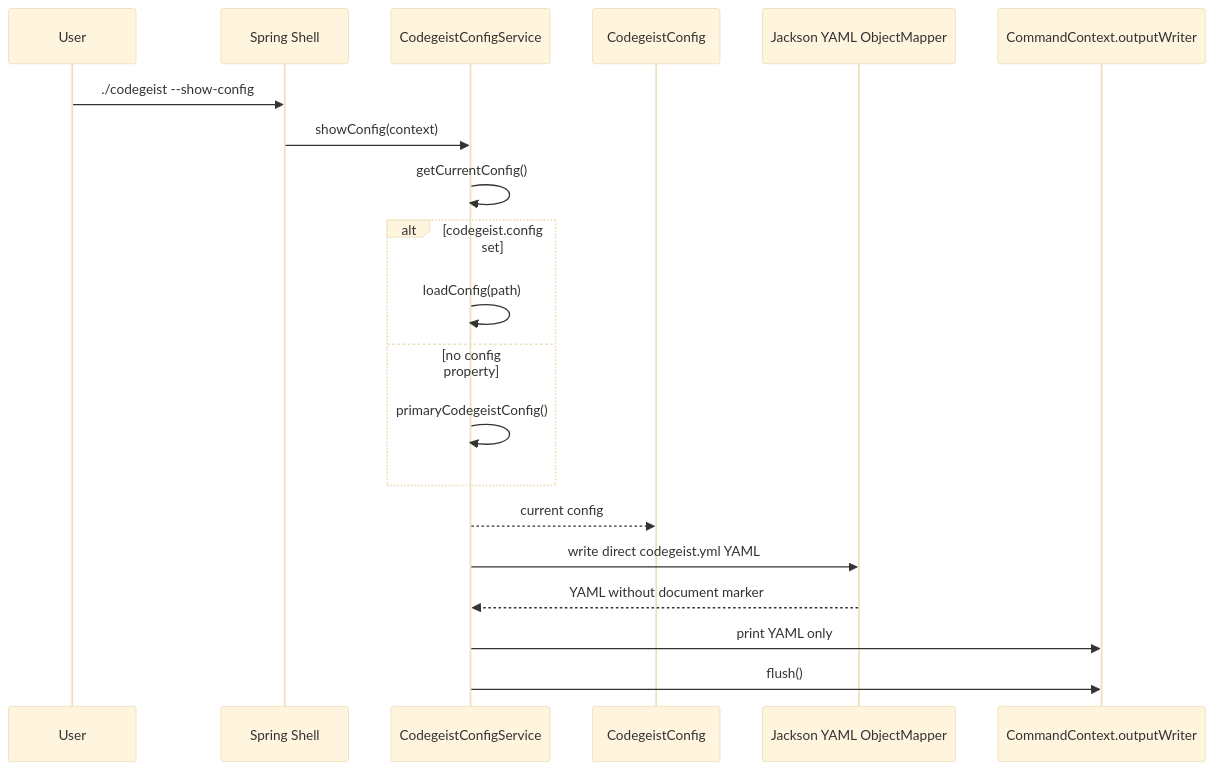
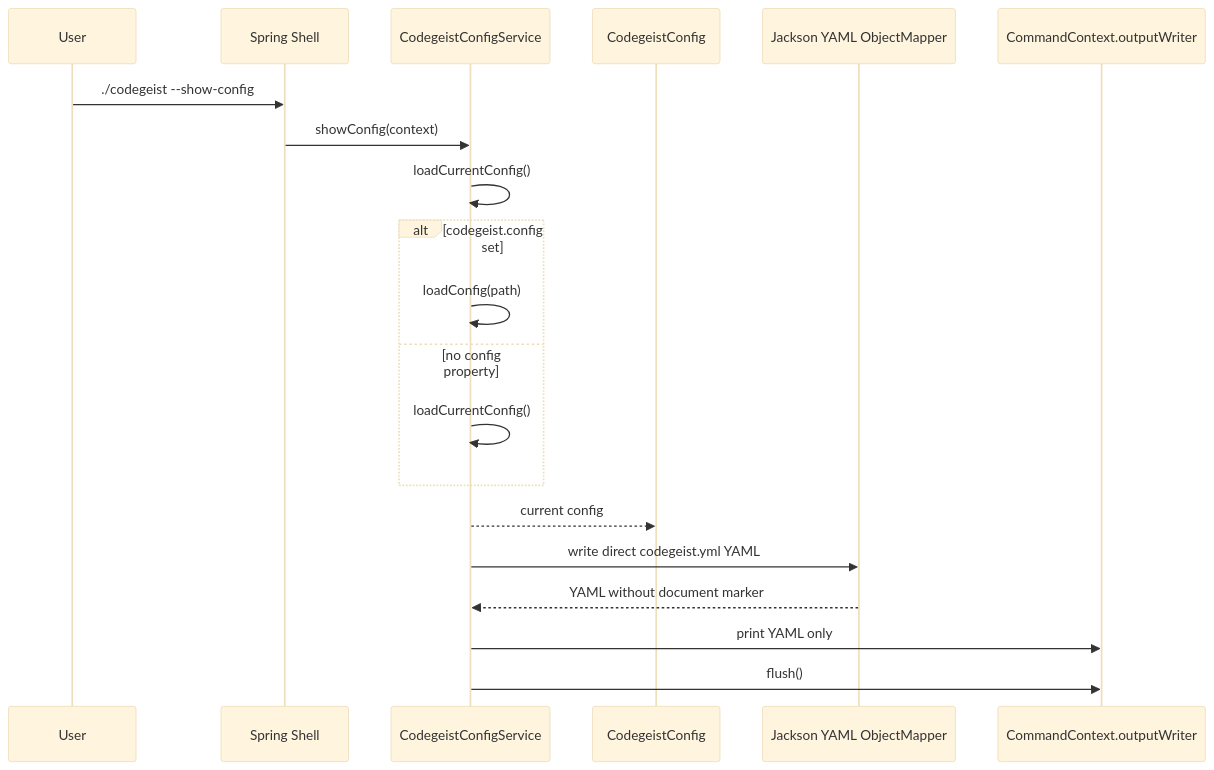
Before and after one commit to codegeist-ai/codegeist: the fifth of 5 diagrams in docs/developer/architecture/provider-configuration.md, drawn with Mermaid (base theme). The commit also changed other lines of this file and 48 other files, not shown here.

````diff
--- a/docs/developer/architecture/provider-configuration.md
+++ b/docs/developer/architecture/provider-configuration.md
@@ -303,23 +367,23 @@
 ```mermaid
 sequenceDiagram
     participant User as User
     participant Shell as Spring Shell
     participant Service as CodegeistConfigService
     participant Config as CodegeistConfig
     participant Mapper as Jackson YAML ObjectMapper
     participant Writer as CommandContext.outputWriter
 
     User->>Shell: ./codegeist --show-config
     Shell->>Service: showConfig(context)
-    Service->>Service: getCurrentConfig()
+    Service->>Service: loadCurrentConfig()
     alt codegeist.config set
         Service->>Service: loadConfig(path)
     else no config property
-        Service->>Service: primaryCodegeistConfig()
+        Service->>Service: loadCurrentConfig()
     end
     Service-->>Config: current config
     Service->>Mapper: write direct codegeist.yml YAML
     Mapper-->>Service: YAML without document marker
     Service->>Writer: print YAML only
     Service->>Writer: flush()
 ```
````
